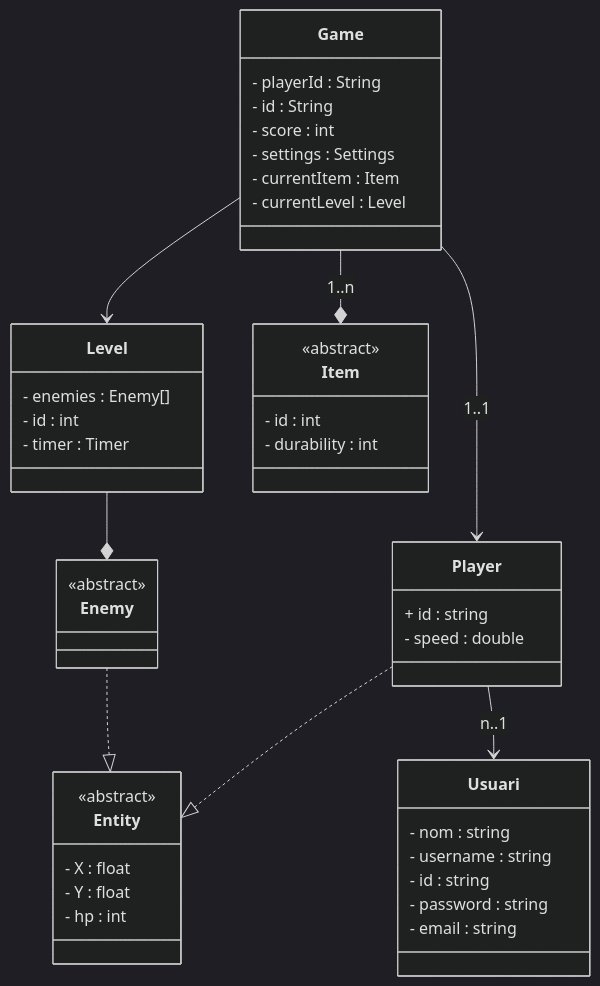
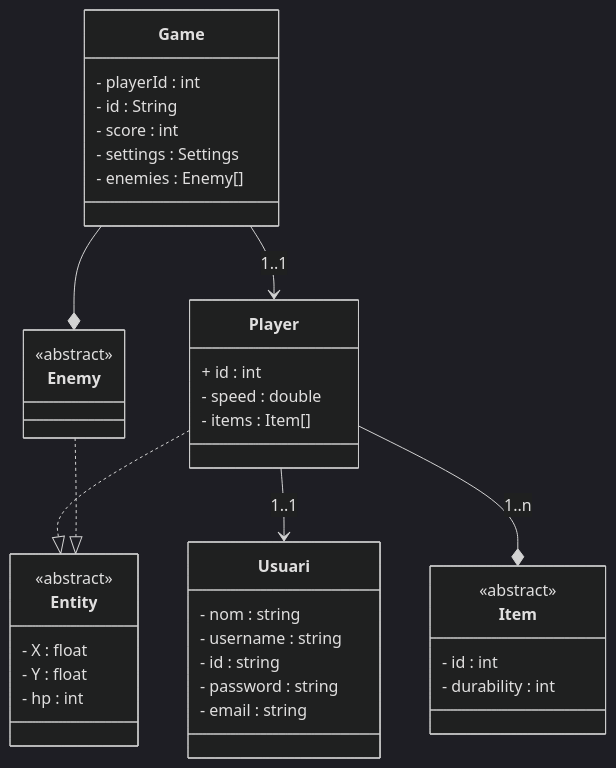
Before and after one commit to RogerMacia/Projecte-DSA-Backend: the diagram in README.md, drawn with Mermaid (dark theme). The commit also changed 7 other files, not shown here.

````diff
--- a/README.md
+++ b/README.md
@@ -15,61 +15,54 @@
 ```mermaid
 classDiagram
 
 
 class Entity{
 <<abstract>>
 - X : float
 - Y : float
 - hp : int
 }
 
 class Player{
-+ id : string
++ id : int
 - speed : double
+- items : Item[]
 }
 
 class Enemy{
 <<abstract>>
 }
 
 Player ..|> Entity
 Enemy ..|> Entity
 
 
 class Game{
-- playerId : String
+- playerId : int
 - id : String
 - score : int
 - settings : Settings
-- currentItem : Item
-- currentLevel : Level
+- enemies : Enemy[]
 }
 
-class Level{
-- enemies : Enemy[]
-- id : int
-- timer : Timer
-
-}
 
 class Item{
 <<abstract>>
 - id : int
 - durability : int
 }
 
 class Usuari{
 - nom : string
 - username : string
 - id : string
 - password : string
 - email : string
 }
 
 
-Player --> Usuari : n..1
+Player --> Usuari : 1..1
 Game --> Player : 1..1
-Level --* Enemy
-Game --* Item : 1..n
-Game --> Level
+Game --* Enemy
+Player --* Item : 1..n
 ```
````
